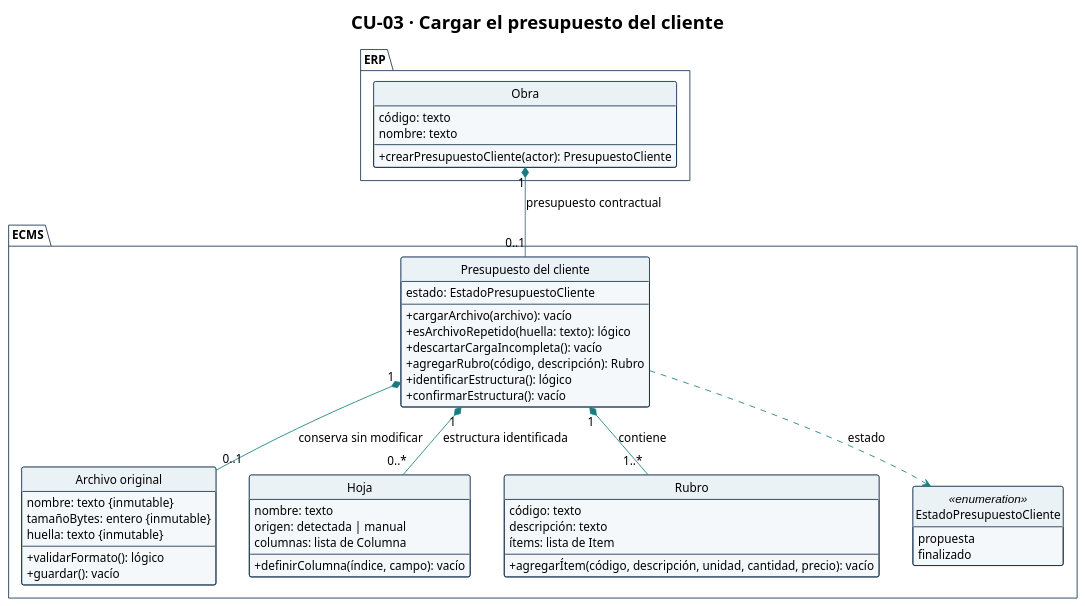
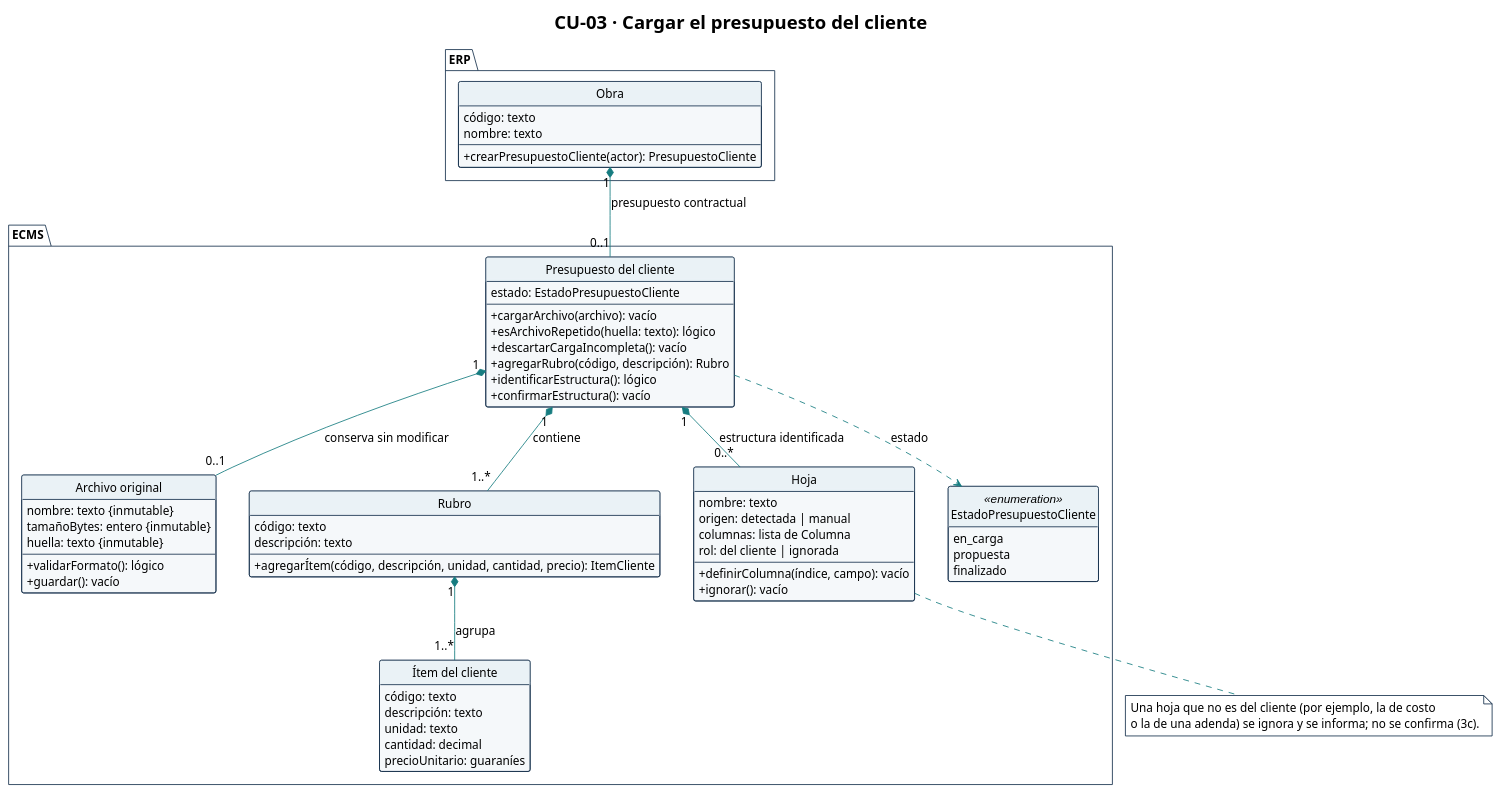
The diagram in diagramas/CU-03-clases.puml (Ssrrb/tpf-uca), drawn with PlantUML before and after one commit. The commit also changed 41 other files, not shown here.

First line of the commit message:
Diagramas de los 16 CU en el MVP: ajustes de CU-01 a CU-09 y diagramas nuevos de CU-10 a CU-16

```diff
--- a/diagramas/CU-03-clases.puml
+++ b/diagramas/CU-03-clases.puml
@@ -1,88 +1,104 @@
 @startuml
 !theme plain
 skinparam style strictuml
 title CU-03 · Cargar el presupuesto del cliente
 hide circle
 hide empty methods
 hide empty fields
 skinparam shadowing false
 skinparam classAttributeIconSize 0
 skinparam defaultFontName Arial
 skinparam defaultFontSize 14
 skinparam nodesep 40
 skinparam ranksep 50
 skinparam ArrowColor #167C80
 skinparam class {
   BackgroundColor #F5F8FA
   BorderColor #17324D
   HeaderBackgroundColor #EAF2F6
 }
 skinparam package {
   BackgroundColor #FFFFFF
   BorderColor #17324D
 }
 skinparam note {
   BackgroundColor #FFFFFF
   BorderColor #17324D
 }
 package "ERP" {
   class Obra {
     código: texto
     nombre: texto
     --
     + crearPresupuestoCliente(actor): PresupuestoCliente
   }
 }
 
 package "ECMS" {
 
   class "Presupuesto del cliente" as PresupuestoCliente {
     estado: EstadoPresupuestoCliente
     --
     + cargarArchivo(archivo): vacío
     + esArchivoRepetido(huella: texto): lógico
     + descartarCargaIncompleta(): vacío
     + agregarRubro(código, descripción): Rubro
     + identificarEstructura(): lógico
     + confirmarEstructura(): vacío
   }
 
   class "Archivo original" as ArchivoOriginal {
     nombre: texto {inmutable}
     tamañoBytes: entero {inmutable}
     huella: texto {inmutable}
     --
     + validarFormato(): lógico
     + guardar(): vacío
   }
 
   class Hoja {
     nombre: texto
     origen: detectada | manual
     columnas: lista de Columna
+    rol: del cliente | ignorada
     --
     + definirColumna(índice, campo): vacío
+    + ignorar(): vacío
   }
 
   class Rubro {
     código: texto
     descripción: texto
-    ítems: lista de Item
     --
-    + agregarÍtem(código, descripción, unidad, cantidad, precio): vacío
+    + agregarÍtem(código, descripción, unidad, cantidad, precio): ItemCliente
+  }
+
+  class "Ítem del cliente" as ItemCliente {
+    código: texto
+    descripción: texto
+    unidad: texto
+    cantidad: decimal
+    precioUnitario: guaraníes
   }
 
   enum EstadoPresupuestoCliente <<enumeration>> {
+    en_carga
     propuesta
     finalizado
   }
 }
 
 Obra "1" *-- "0..1" PresupuestoCliente : presupuesto contractual
 PresupuestoCliente "1" *-- "0..1" ArchivoOriginal : conserva sin modificar
 PresupuestoCliente "1" *-- "0..*" Hoja : estructura identificada
 PresupuestoCliente "1" *-- "1..*" Rubro : contiene
+Rubro "1" *-- "1..*" ItemCliente : agrupa
 
 PresupuestoCliente ..> EstadoPresupuestoCliente : estado
 
+note bottom of Hoja
+  Una hoja que no es del cliente (por ejemplo, la de costo
+  o la de una adenda) se ignora y se informa; no se confirma (3c).
+end note
+
 @enduml
```
